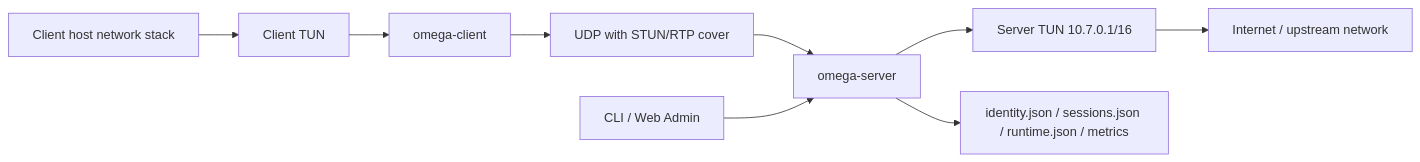
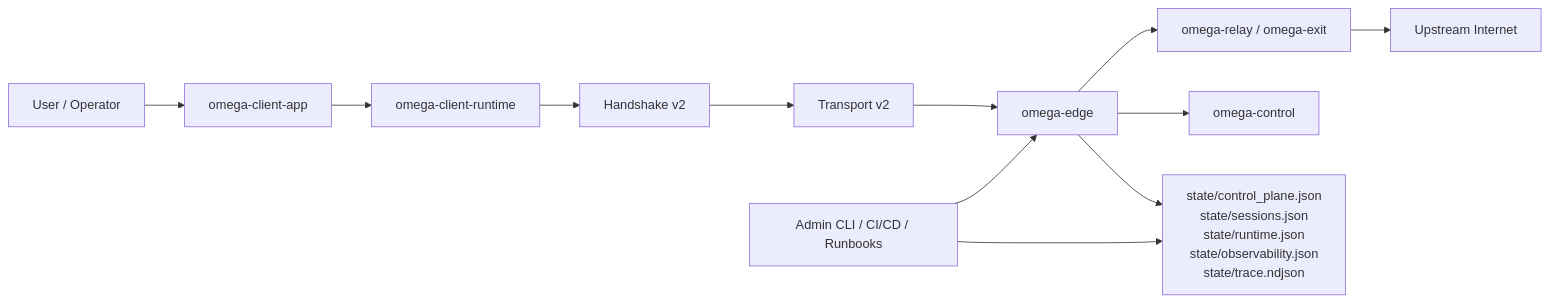
One commit to develop-mdv/quantom_vpn changed the diagram in docs/ARCHITECTURE.md. Above: the diagram before and after it, drawn with Mermaid. The commit also changed other lines of this file and 121 other files, not shown here.

````diff
--- a/docs/ARCHITECTURE.md
+++ b/docs/ARCHITECTURE.md
@@ -5,11 +11,14 @@
 ```mermaid
 flowchart LR
-  ClientHost["Client host network stack"] --> ClientTun["Client TUN"]
-  ClientTun --> Client["omega-client"]
-  Client --> Wire["UDP with STUN/RTP cover"]
-  Wire --> Server["omega-server"]
-  Server --> ServerTun["Server TUN 10.7.0.1/16"]
-  ServerTun --> Upstream["Internet / upstream network"]
-  Admin["CLI / Web Admin"] --> Server
-  Server --> State["identity.json / sessions.json / runtime.json / metrics"]
+  User["User / Operator"] --> Launcher["omega-client-app"]
+  Launcher --> Runtime["omega-client-runtime"]
+  Runtime --> Handshake["Handshake v2"]
+  Handshake --> Transport["Transport v2"]
+  Transport --> Edge["omega-edge"]
+  Edge --> Fabric["omega-relay / omega-exit"]
+  Edge --> Control["omega-control"]
+  Edge --> State["state/control_plane.json\nstate/sessions.json\nstate/runtime.json\nstate/observability.json\nstate/trace.ndjson"]
+  Fabric --> Internet["Upstream Internet"]
+  Operator["Admin CLI / CI/CD / Runbooks"] --> Edge
+  Operator --> State
 ```
````
